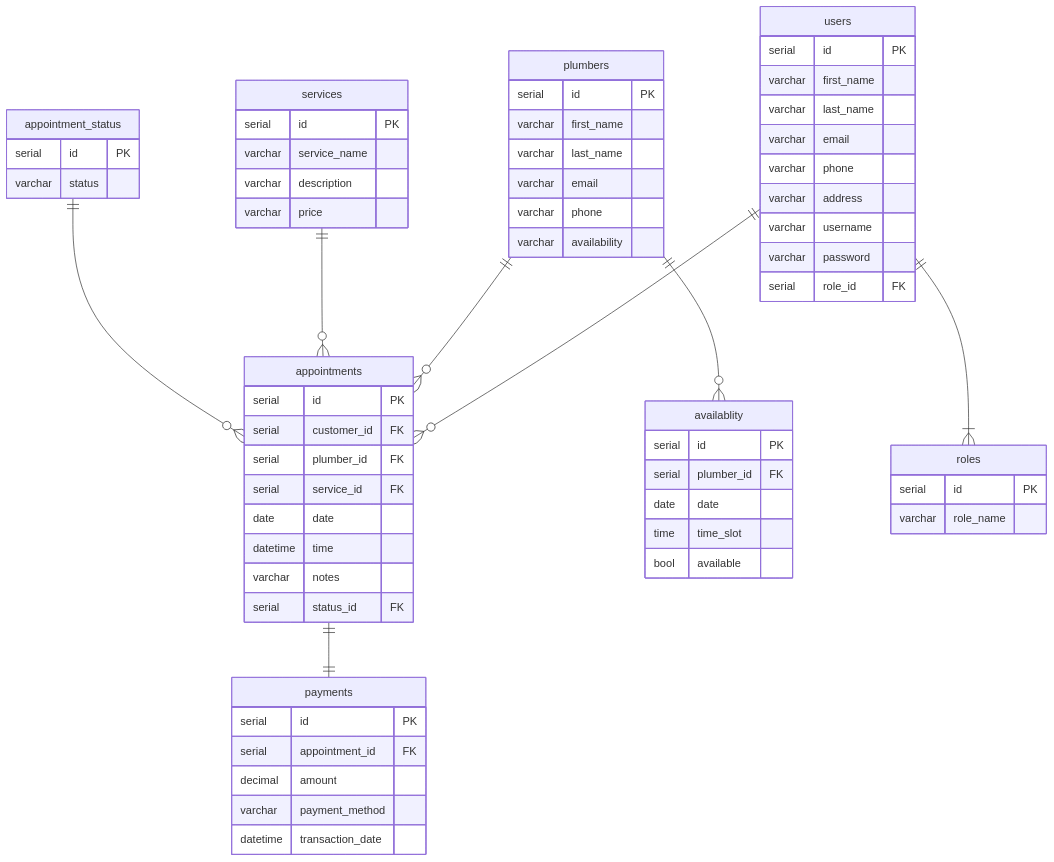
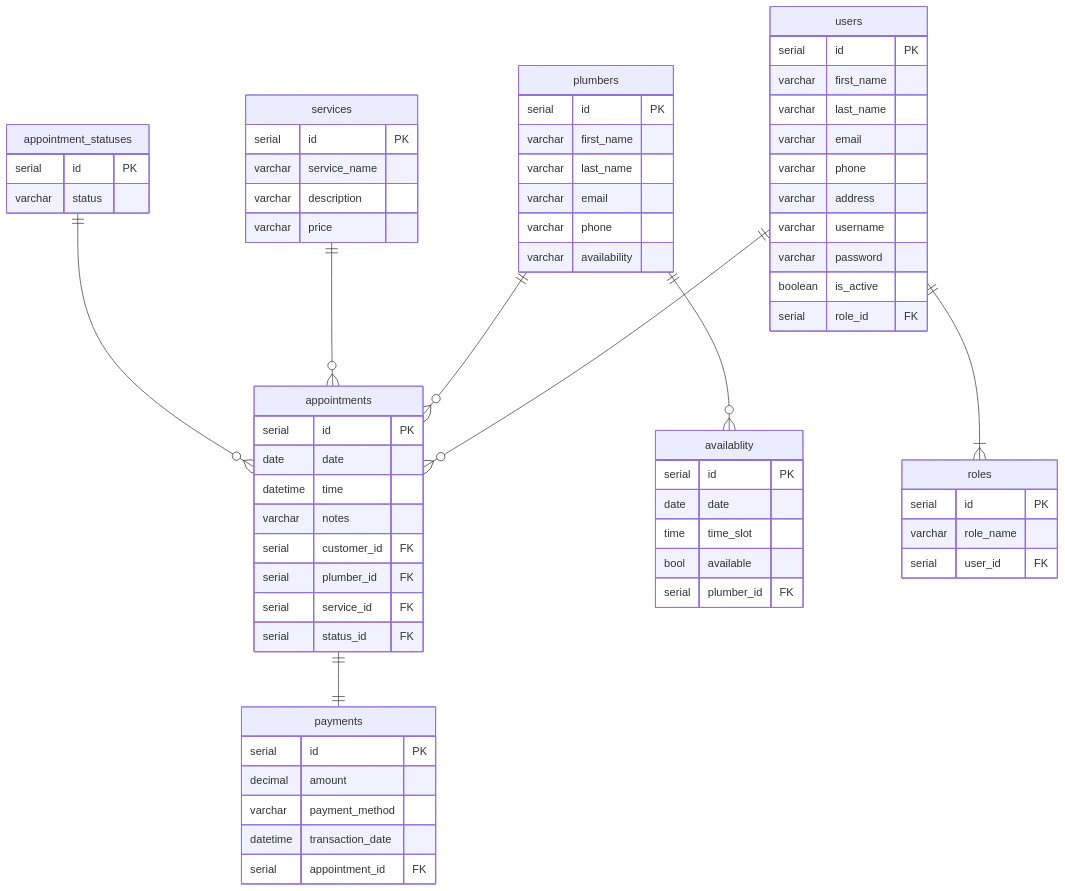
The second of 2 diagrams in README.md (KerryK2021/Plumbing-Company-Appointment-System), drawn with Mermaid before and after one commit. The commit also changed other lines of this file, not shown here.

````diff
--- a/README.md
+++ b/README.md
@@ -17,76 +17,78 @@
 ```mermaid
 erDiagram
         users {
         serial id PK
         varchar first_name
         varchar last_name
         varchar email
         varchar phone
         varchar address
         varchar username
         varchar password
+        boolean is_active
         serial role_id FK
     }
 
     appointments {
         serial id PK
+        date date
+        datetime time
+        varchar notes
         serial customer_id FK
         serial plumber_id FK
         serial service_id FK
-        date date
-        datetime time
-        varchar notes
         serial status_id FK
     }
 
     plumbers {
         serial id PK
         varchar first_name 
         varchar last_name
         varchar email
         varchar phone
         varchar availability
     }
 
     services {
         serial id PK
         varchar service_name
         varchar description
         varchar price
     }
 
-    appointment_status {
+    appointment_statuses {
         serial id PK
         varchar status
     }
 
     payments {
         serial id PK
-        serial appointment_id FK
         decimal amount
         varchar payment_method 
         datetime transaction_date
+        serial appointment_id FK
     }
 
     availablity {
         serial id PK
-        serial plumber_id FK
         date date
         time time_slot
         bool available
+        serial plumber_id FK
     }
 
     roles {
         serial id PK
-        varchar role_name 
+        varchar role_name
+        serial user_id FK
     }
 
     users ||--o{ appointments : ""
     plumbers ||--o{ appointments : ""
     services ||--o{ appointments : ""
-    appointment_status ||--o{ appointments : ""
+    appointment_statuses ||--o{ appointments : ""
     appointments ||--|| payments : ""
     plumbers ||--o{ availablity : ""
     users ||--|{ roles : ""
 
 ```
````
